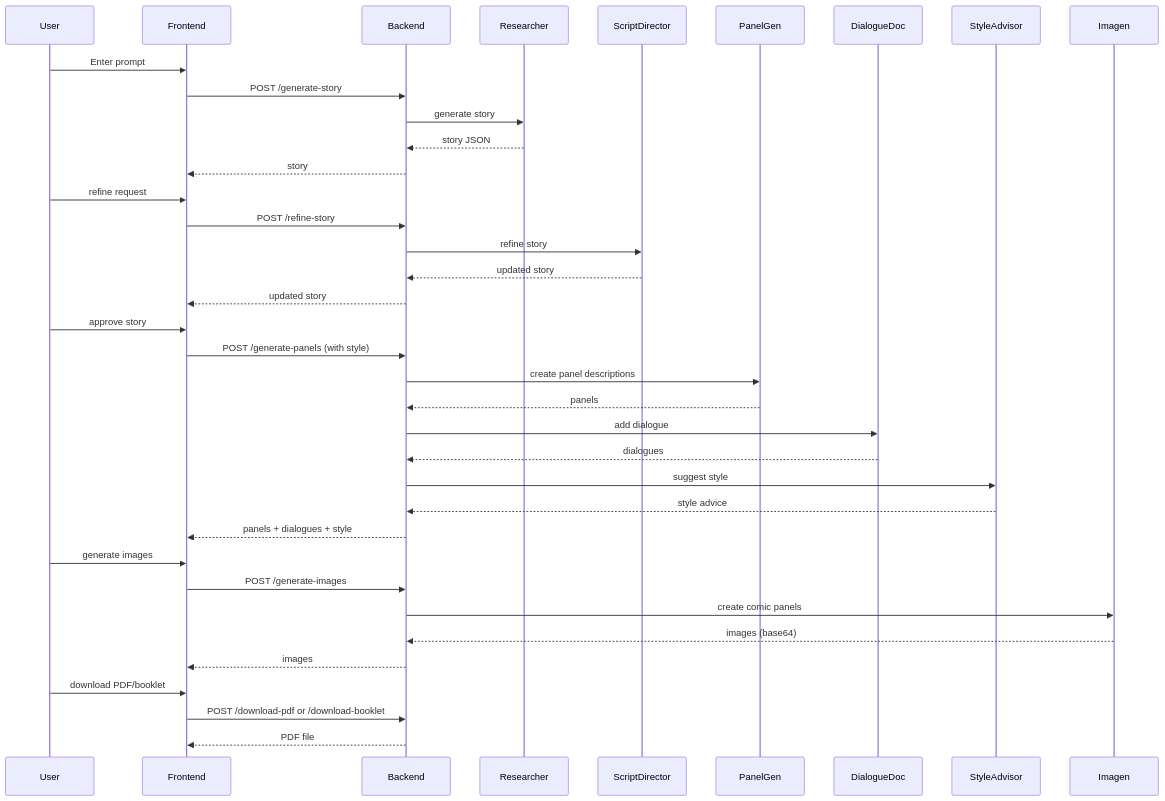
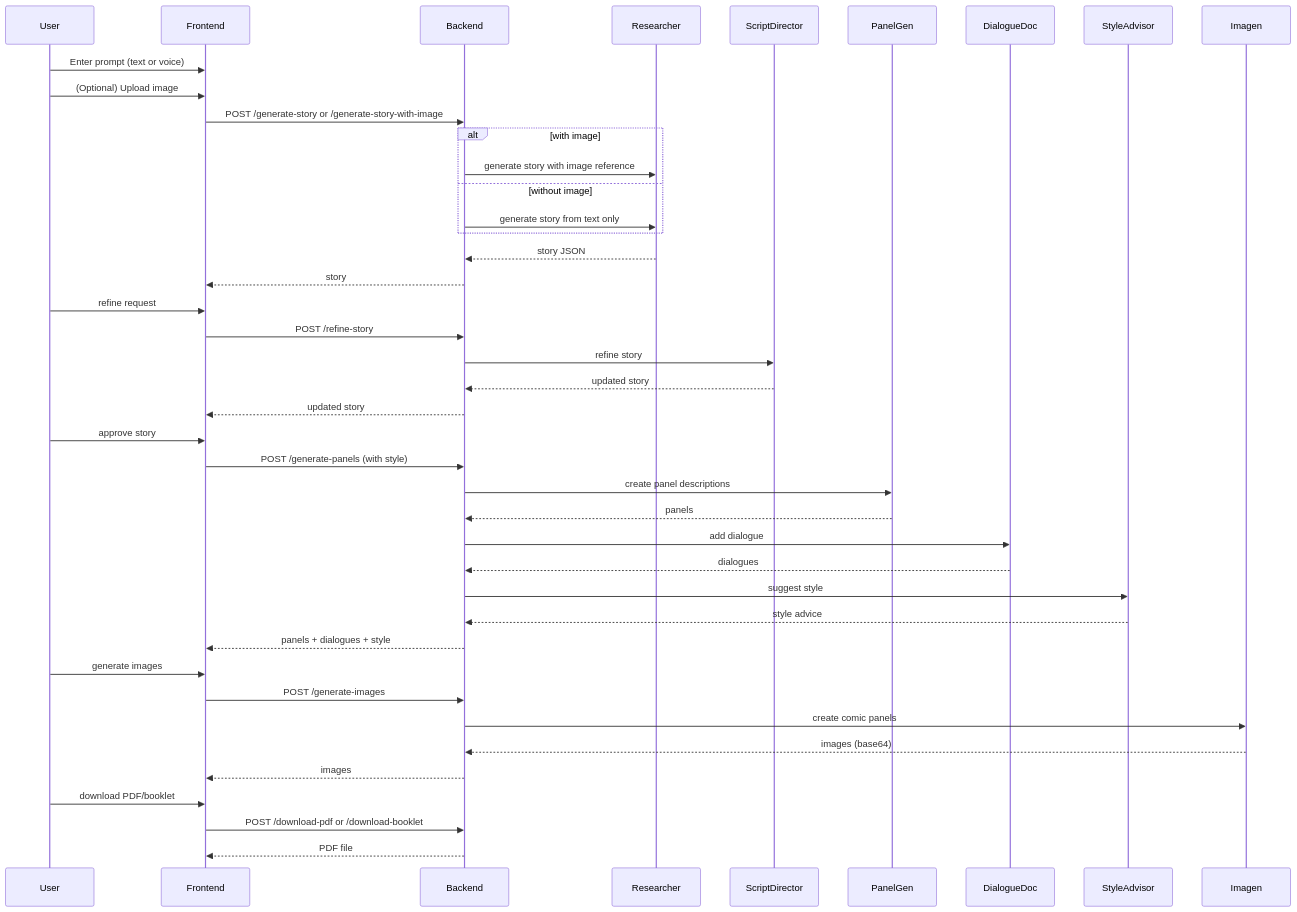
Before and after one commit to RobinaMirbahar/Comic-Studio-Ai: the diagram in docs/architecture.md, drawn with Mermaid. The commit also changed other lines of this file, not shown here.

````diff
--- a/docs/architecture.md
+++ b/docs/architecture.md
@@ -107,44 +122,49 @@
 ```mermaid
 sequenceDiagram
     participant User
     participant Frontend
     participant Backend
     participant Researcher
     participant ScriptDirector
     participant PanelGen
     participant DialogueDoc
     participant StyleAdvisor
     participant Imagen
 
-    User->>Frontend: Enter prompt
-    Frontend->>Backend: POST /generate-story
-    Backend->>Researcher: generate story
+    User->>Frontend: Enter prompt (text or voice)
+    User->>Frontend: (Optional) Upload image
+    Frontend->>Backend: POST /generate-story or /generate-story-with-image
+    alt with image
+        Backend->>Researcher: generate story with image reference
+    else without image
+        Backend->>Researcher: generate story from text only
+    end
     Researcher-->>Backend: story JSON
     Backend-->>Frontend: story
 
     User->>Frontend: refine request
     Frontend->>Backend: POST /refine-story
     Backend->>ScriptDirector: refine story
     ScriptDirector-->>Backend: updated story
     Backend-->>Frontend: updated story
 
     User->>Frontend: approve story
     Frontend->>Backend: POST /generate-panels (with style)
     Backend->>PanelGen: create panel descriptions
     PanelGen-->>Backend: panels
     Backend->>DialogueDoc: add dialogue
     DialogueDoc-->>Backend: dialogues
     Backend->>StyleAdvisor: suggest style
     StyleAdvisor-->>Backend: style advice
     Backend-->>Frontend: panels + dialogues + style
 
     User->>Frontend: generate images
     Frontend->>Backend: POST /generate-images
     Backend->>Imagen: create comic panels
     Imagen-->>Backend: images (base64)
     Backend-->>Frontend: images
 
     User->>Frontend: download PDF/booklet
     Frontend->>Backend: POST /download-pdf or /download-booklet
     Backend-->>Frontend: PDF file
 ```
````
